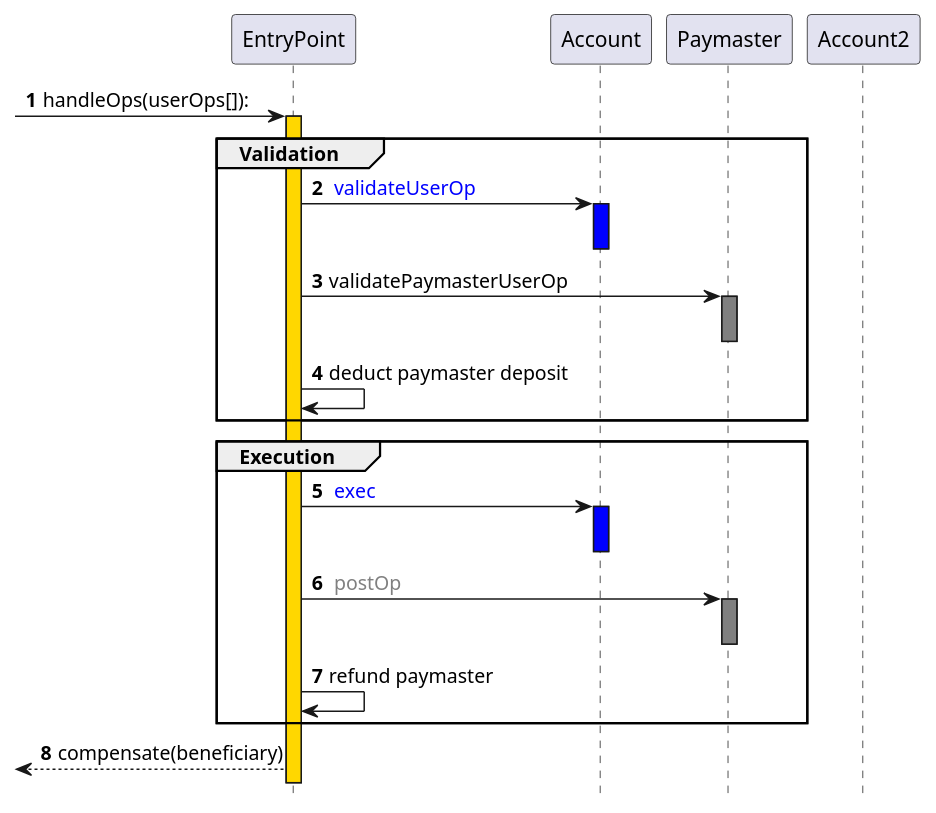
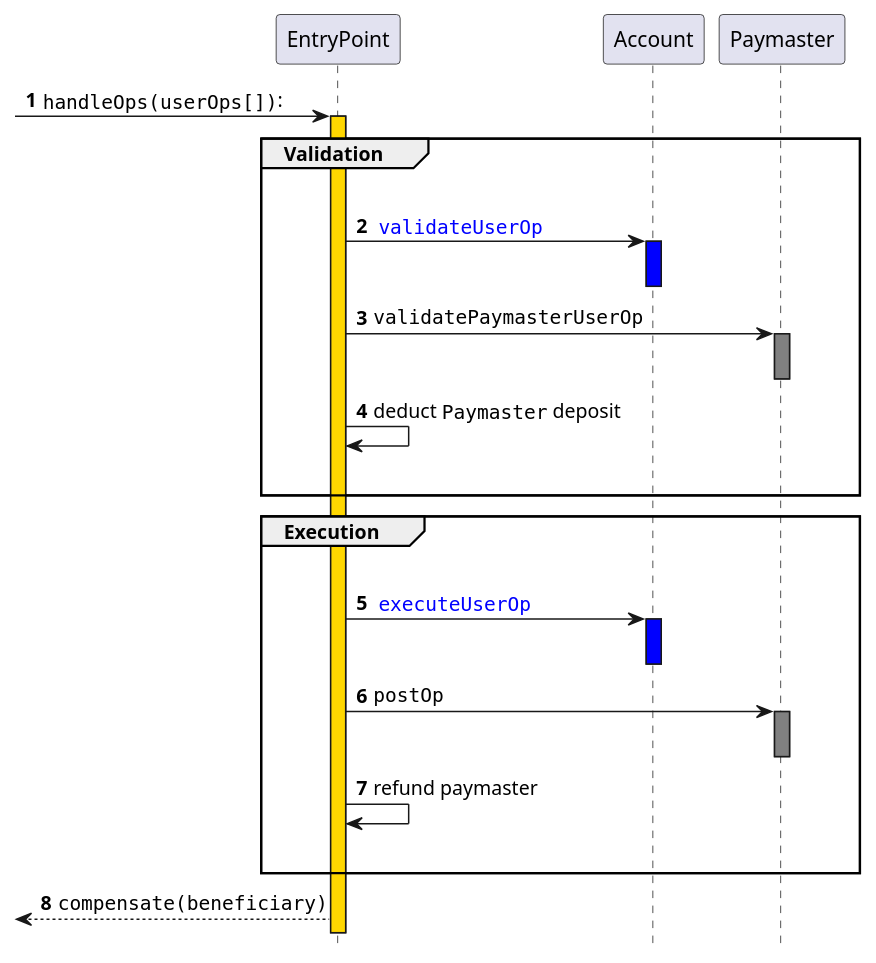
One commit to ethereum/ERCs changed the third of 4 diagrams in assets/erc-4337/diagrams.md. Above: the diagram before and after it, drawn with PlantUML. The commit also changed other lines of this file and 1 other file, not shown here.

Commit message:
Clean up Paymaster sequence diagram

````diff
--- a/assets/erc-4337/diagrams.md
+++ b/assets/erc-4337/diagrams.md
@@ -83,25 +83,28 @@
 ```plantuml
 @startuml
 autonumber
 participant "EntryPoint" as ep
 participant "Account" as account
 participant "Paymaster" as pm
-participant "Account2" as account2
-[->ep++ #gold: handleOps(userOps[]):
+[->ep++ #gold: ""handleOps(userOps[])"":
 group Validation
-ep->account++ #blue: <font color=blue> validateUserOp
+|||
+ep->account++ #blue: <font color=blue> ""validateUserOp""
 deactivate account
-ep->pm++ #gray: validatePaymasterUserOp
+ep->pm++ #gray: ""validatePaymasterUserOp""
 deactivate pm
-ep->ep: deduct paymaster deposit
+ep->ep: deduct ""Paymaster"" deposit
+|||
 end
 group Execution
-ep->account++ #blue: <font color=blue> exec
+|||
+ep->account++ #blue: <font color=blue> ""executeUserOp""
     deactivate account
-ep->pm++ #gray: <font color=gray> postOp
+ep->pm++ #gray: ""postOp""
     deactivate pm
 ep->ep: refund paymaster
+|||
 end
-ep-->[: compensate(beneficiary)
+ep-->[: ""compensate(beneficiary)""
 hide footbox
 ```
````
